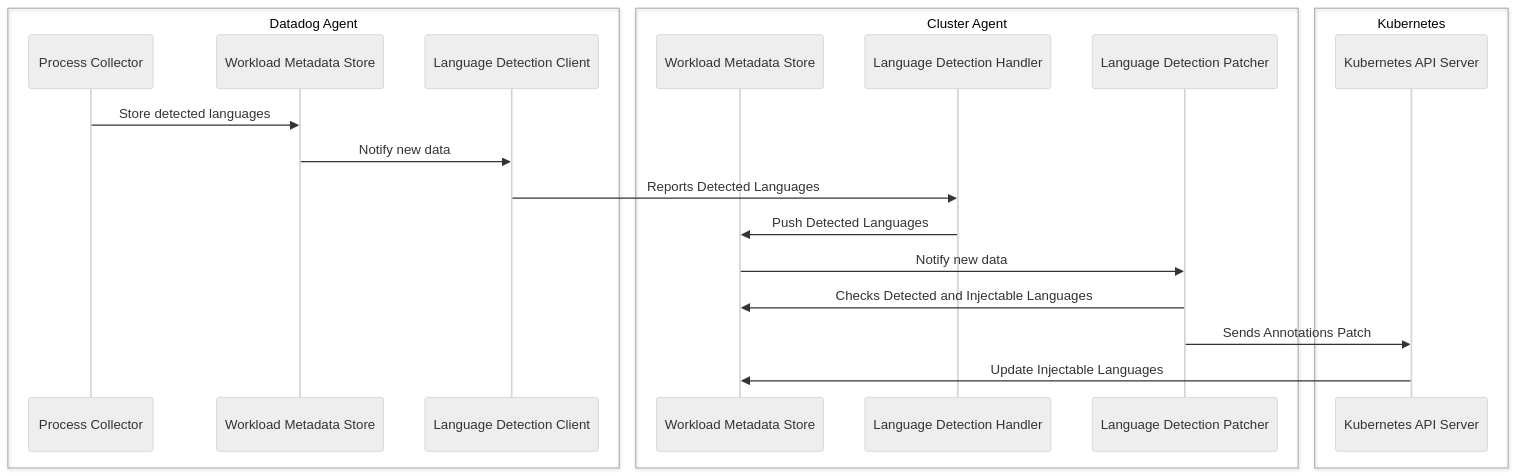
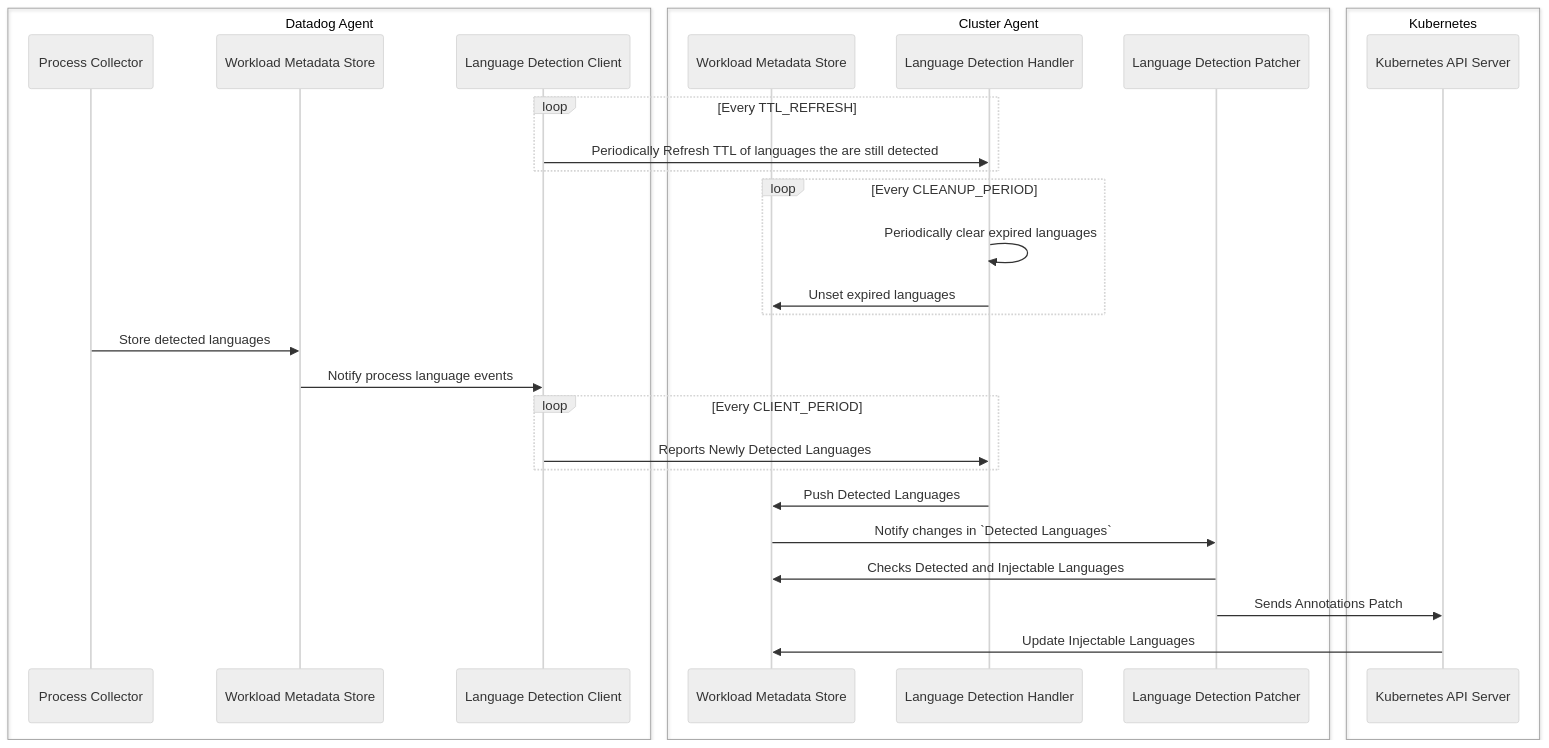
One commit to DataDog/datadog-agent changed the diagram in pkg/languagedetection/util/README.md. Above: the diagram before and after it, drawn with Mermaid (neutral theme). The commit also changed other lines of this file and 4 other files, not shown here.

````diff
--- a/pkg/languagedetection/util/README.md
+++ b/pkg/languagedetection/util/README.md
@@ -60,27 +73,41 @@
 ```mermaid
 sequenceDiagram
     box Datadog Agent
     participant PC as Process Collector
     participant DAW as Workload Metadata Store
     participant LDC as Language Detection Client
     end
 
     box Cluster Agent
     participant DCAW as Workload Metadata Store
     participant LDH as Language Detection Handler
     participant LDP as Language Detection Patcher
     end
 
     box Kubernetes
     participant KAS as Kubernetes API Server
     end
 
+
+    loop Every TTL_REFRESH
+        LDC->>LDH: Periodically Refresh TTL of languages the are still detected
+    end
+
+
+    loop Every CLEANUP_PERIOD
+        LDH->>LDH: Periodically clear expired languages
+        LDH->>DCAW: Unset expired languages
+    end
     PC->>DAW: Store detected languages
-    DAW->>LDC: Notify new data
-    LDC->>LDH: Reports Detected Languages
+    DAW->>LDC: Notify process language events
+
+    loop Every CLIENT_PERIOD
+        LDC->>LDH: Reports Newly Detected Languages
+    end
+
     LDH->>DCAW: Push Detected Languages
-    DCAW->>LDP: Notify new data
+    DCAW->>LDP: Notify changes in `Detected Languages`
     LDP->>DCAW: Checks Detected and Injectable Languages
     LDP->>KAS: Sends Annotations Patch
     KAS->>DCAW: Update Injectable Languages
 ```
````
